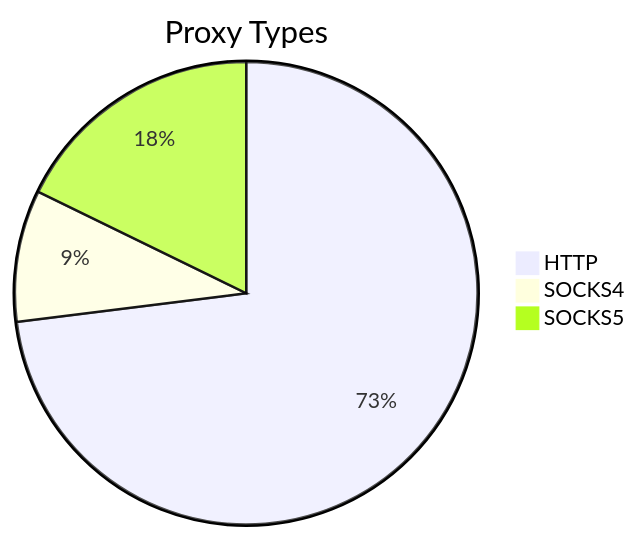
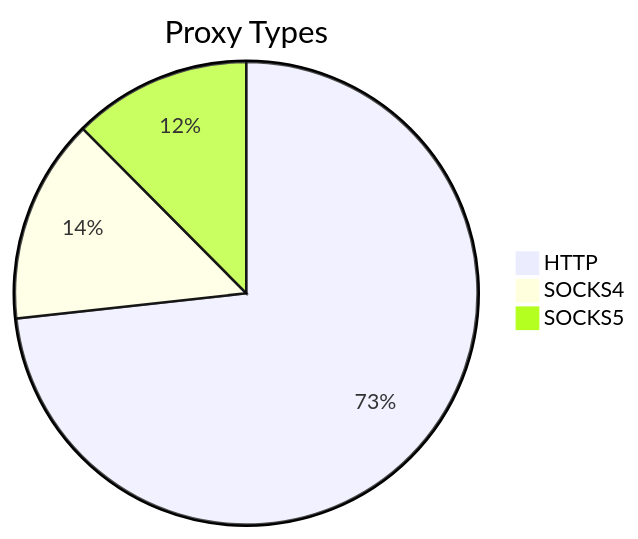
The first of 2 diagrams in README.md (stormsia/proxy-list), drawn with Mermaid before and after one commit. The commit also changed other lines of this file, not shown here.

````diff
--- a/README.md
+++ b/README.md
@@ -21,6 +21,6 @@
 ```mermaid
 pie title Proxy Types
-    "HTTP" : 341
-    "SOCKS4" : 43
-    "SOCKS5" : 83
+    "HTTP" : 671
+    "SOCKS4" : 131
+    "SOCKS5" : 114
 ```
````
